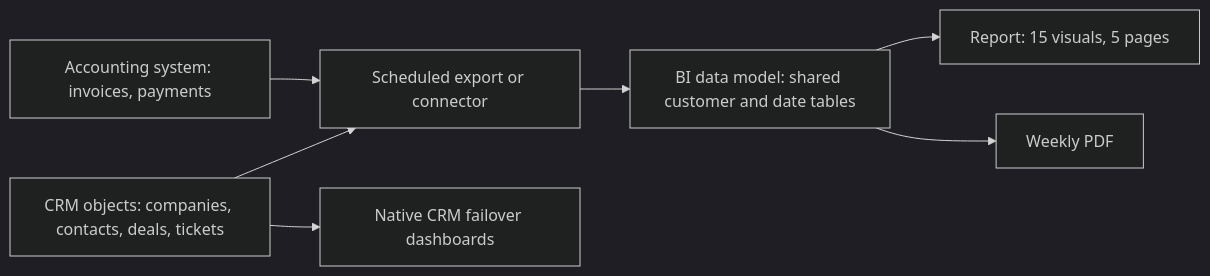
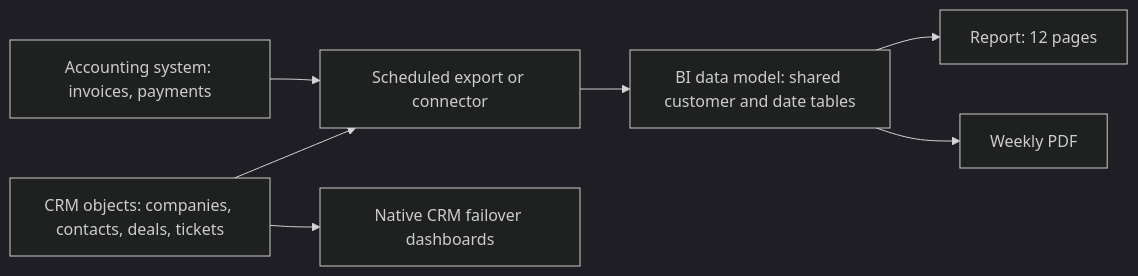
Before and after one commit to rbanola1/RevOps-Portfolio: the diagram in 07-commercial-systems-architecture/docs/crm_to_bi_runbook.md, drawn with Mermaid (dark theme). The commit also changed 24 other files, not shown here.

````diff
--- a/07-commercial-systems-architecture/docs/crm_to_bi_runbook.md
+++ b/07-commercial-systems-architecture/docs/crm_to_bi_runbook.md
@@ -4,9 +4,9 @@
 ```mermaid
 flowchart LR
     A[CRM objects: companies, contacts, deals, tickets] --> B[Scheduled export or connector]
     C[Accounting system: invoices, payments] --> B
     B --> D[BI data model: shared customer and date tables]
-    D --> E[Report: 15 visuals, 5 pages]
+    D --> E[Report: 12 pages]
     D --> F[Weekly PDF]
     A --> G[Native CRM failover dashboards]
 ```
````
